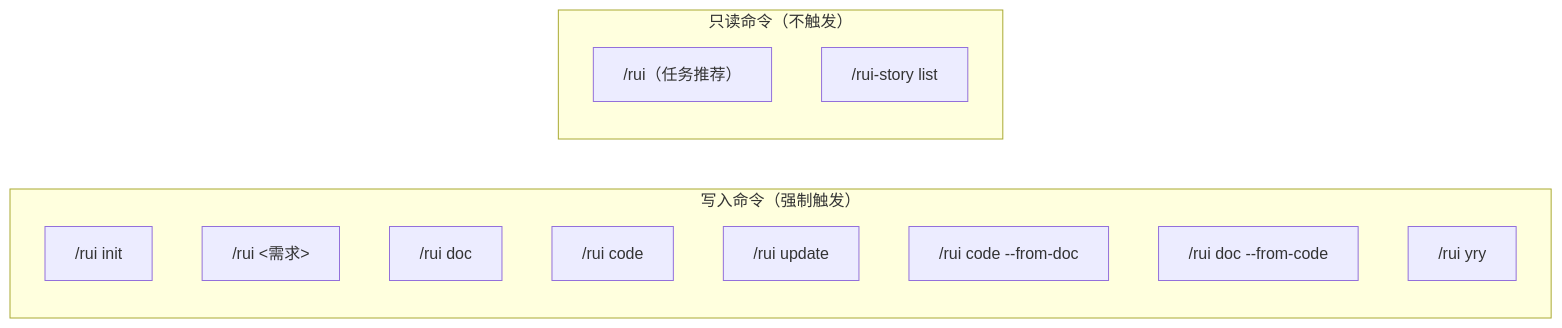
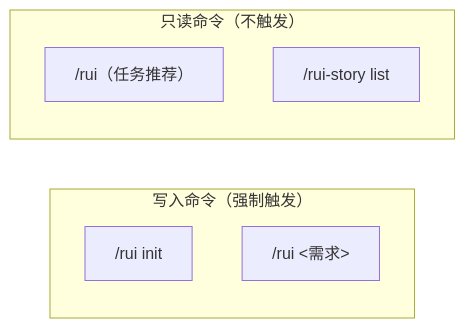
The second of 10 diagrams in rules/delivery-gate.md (effiy/YrY), drawn with Mermaid before and after one commit. The commit also changed other lines of this file and 24 other files, not shown here.

````diff
--- a/rules/delivery-gate.md
+++ b/rules/delivery-gate.md
@@ -57,18 +57,12 @@
 ```mermaid
 flowchart LR
     subgraph 写入命令["写入命令（强制触发）"]
         INIT["/rui init"]:::cmd
         E2E["/rui &lt;需求&gt;"]:::cmd
-        DOC["/rui doc"]:::cmd
-        CODE["/rui code"]:::cmd
-        UPDATE["/rui update"]:::cmd
-        FD["/rui code --from-doc"]:::cmd
-        FC["/rui doc --from-code"]:::cmd
-        YRY["/rui yry"]:::cmd
     end
     subgraph 只读命令["只读命令（不触发）"]
         LIST["/rui（任务推荐）"]:::ro
         STORY["/rui-story list"]:::ro
     end
 
 ```
````
